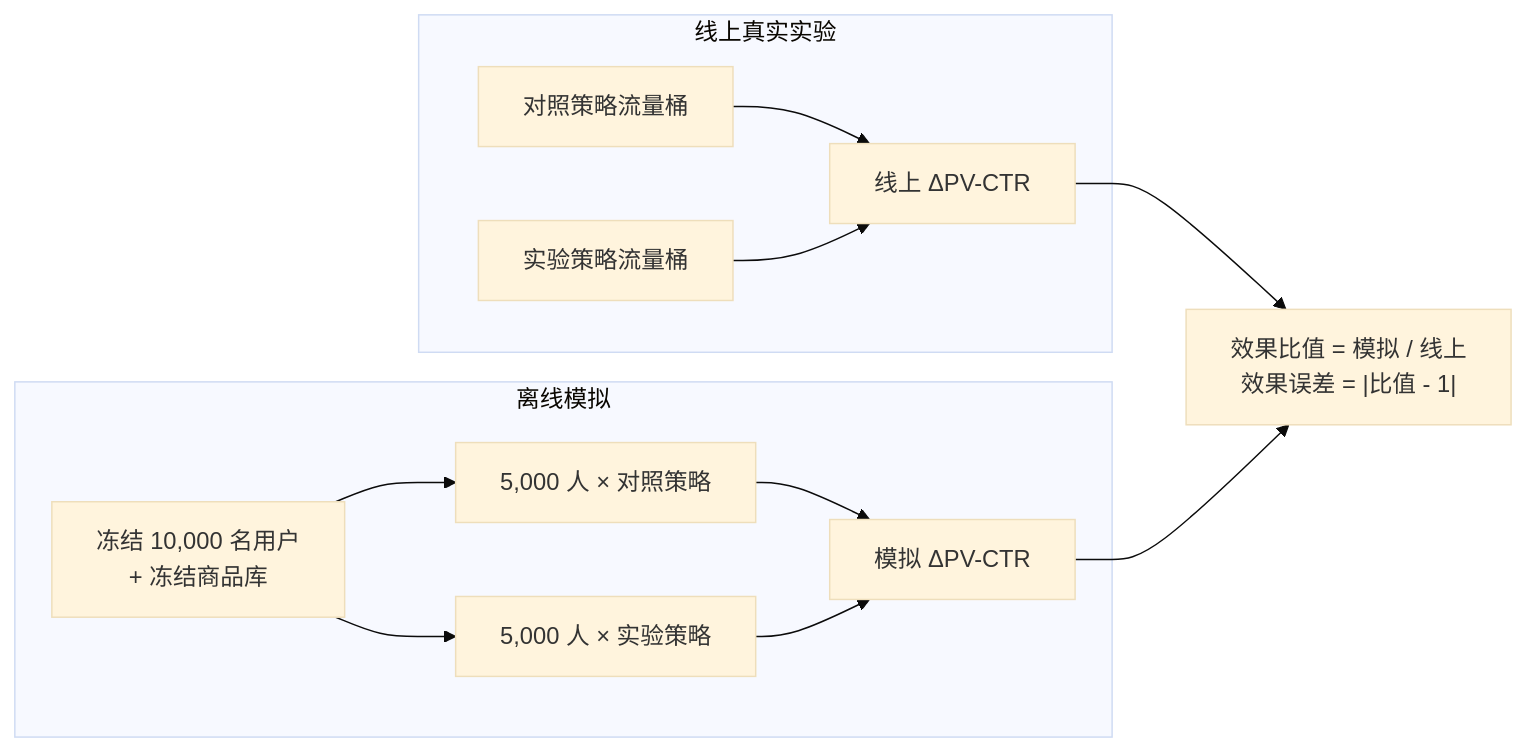
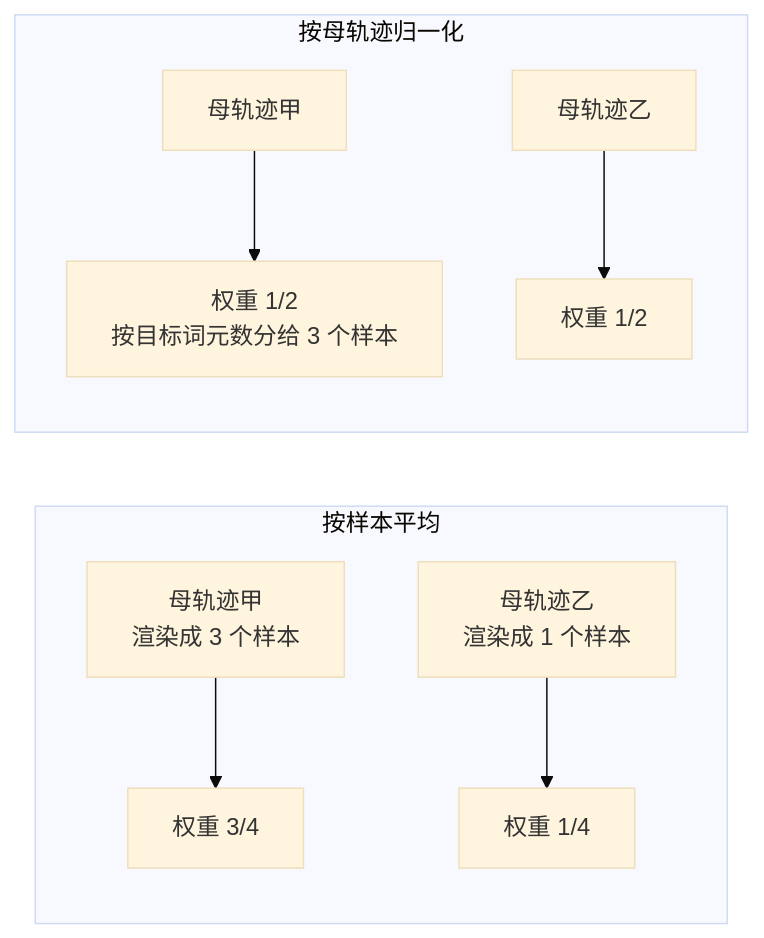
The sixth of 6 diagrams in docs/index.md (yingwang/paper-reads), drawn with Mermaid (base theme) before and after one commit. The commit also changed other lines of this file and 2 other files, not shown here.

````diff
--- a/docs/index.md
+++ b/docs/index.md
@@ -345,15 +205,11 @@
 ```mermaid
 flowchart LR
-    subgraph 线上["线上真实实验"]
-        A1["对照策略流量桶"] --> A3["线上 ΔPV-CTR"]
-        A2["实验策略流量桶"] --> A3
+    subgraph R1["按样本平均"]
+        P1["母轨迹甲<br/>渲染成 3 个样本"] --> W1["权重 3/4"]
+        P2["母轨迹乙<br/>渲染成 1 个样本"] --> W2["权重 1/4"]
     end
-    subgraph 离线["离线模拟"]
-        B0["冻结 10,000 名用户<br/>+ 冻结商品库"] --> B1["5,000 人 × 对照策略"]
-        B0 --> B2["5,000 人 × 实验策略"]
-        B1 --> B3["模拟 ΔPV-CTR"]
-        B2 --> B3
+    subgraph R2["按母轨迹归一化"]
+        Q1["母轨迹甲"] --> V1["权重 1/2<br/>按目标词元数分给 3 个样本"]
+        Q2["母轨迹乙"] --> V2["权重 1/2"]
     end
-    A3 --> C["效果比值 = 模拟 / 线上<br/>效果误差 = |比值 - 1|"]
-    B3 --> C
 ```
````
